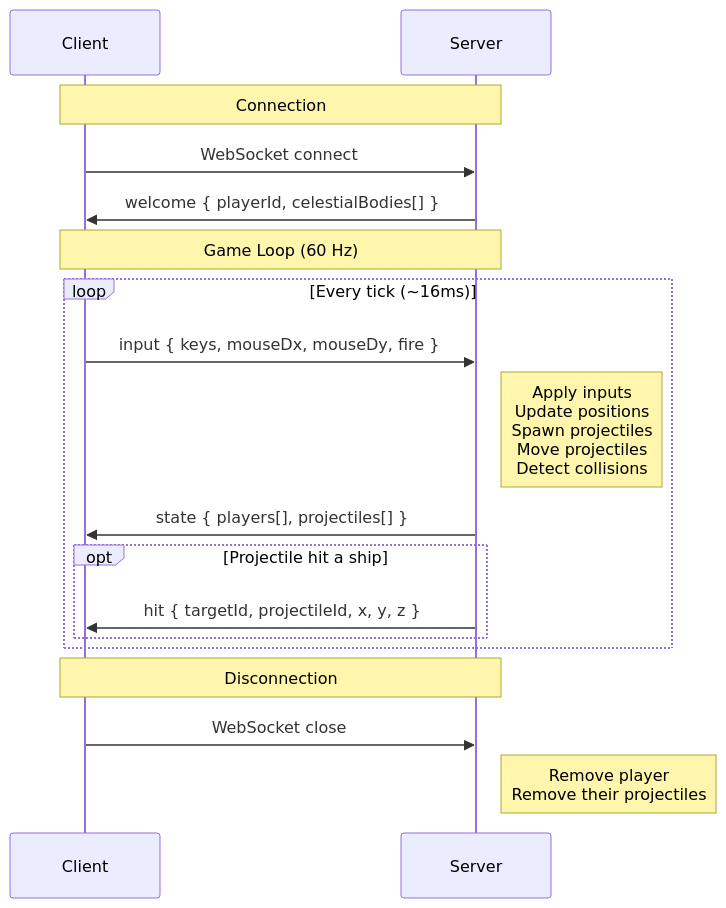
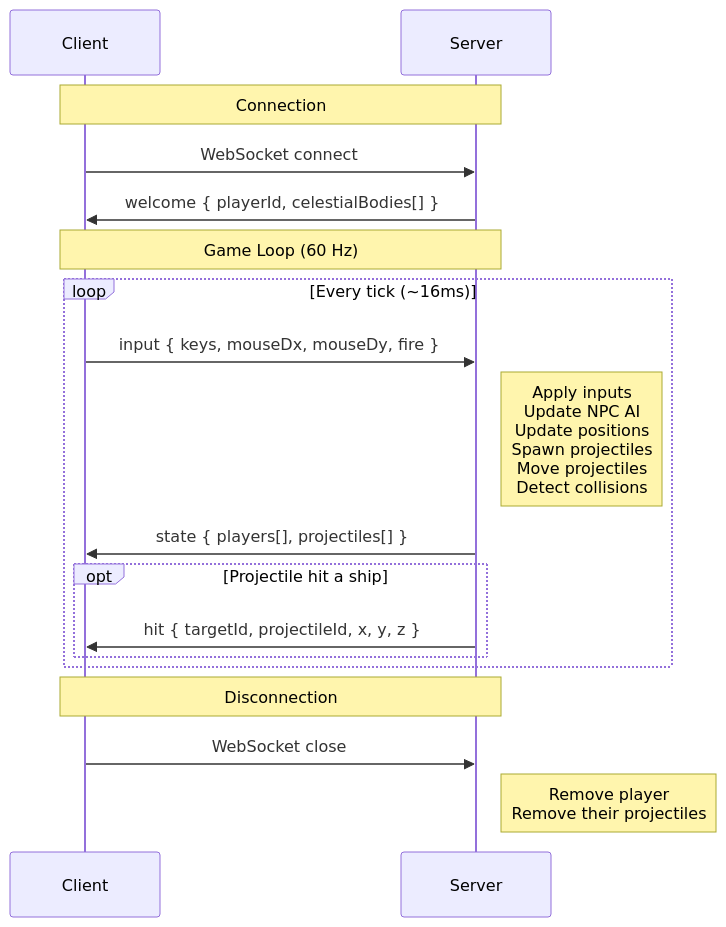
Before and after one commit to cscazorla/x-drift: the diagram in README.md, drawn with Mermaid. The commit also changed other lines of this file and 4 other files, not shown here.

````diff
--- a/README.md
+++ b/README.md
@@ -73,23 +76,23 @@
 ```mermaid
 sequenceDiagram
     participant C as Client
     participant S as Server
 
     Note over C,S: Connection
     C->>S: WebSocket connect
     S->>C: welcome { playerId, celestialBodies[] }
 
     Note over C,S: Game Loop (60 Hz)
     loop Every tick (~16ms)
         C->>S: input { keys, mouseDx, mouseDy, fire }
-        Note right of S: Apply inputs<br/>Update positions<br/>Spawn projectiles<br/>Move projectiles<br/>Detect collisions
+        Note right of S: Apply inputs<br/>Update NPC AI<br/>Update positions<br/>Spawn projectiles<br/>Move projectiles<br/>Detect collisions
         S->>C: state { players[], projectiles[] }
         opt Projectile hit a ship
             S->>C: hit { targetId, projectileId, x, y, z }
         end
     end
 
     Note over C,S: Disconnection
     C->>S: WebSocket close
     Note right of S: Remove player<br/>Remove their projectiles
 ```
````
